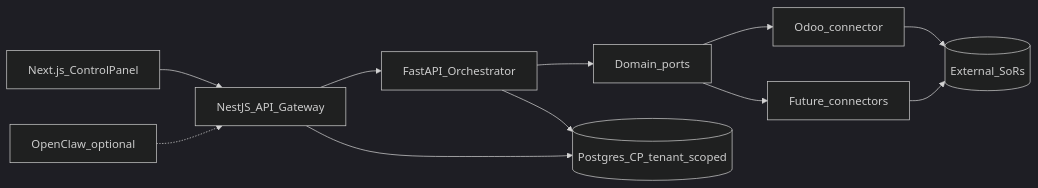
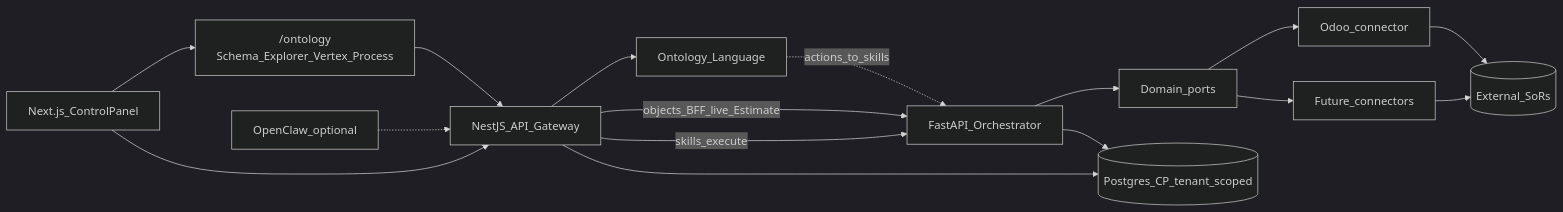
The diagram in docs/Development/architecture-overview.md (llanesleonardo/controlPanelErpOdoo), drawn with Mermaid (dark theme) before and after one commit. The commit also changed other lines of this file and 77 other files, not shown here.

First line of the commit message:
Ship Ontology Language with Schema, Explorer, Vertex, and process map.

````diff
--- a/docs/Development/architecture-overview.md
+++ b/docs/Development/architecture-overview.md
@@ -28,23 +31,30 @@
 ```mermaid
 flowchart LR
   UI[Next.js_ControlPanel]
+  OntoUI["/ontology\nSchema_Explorer_Vertex_Process"]
   Agent[OpenClaw_optional]
   GW[NestJS_API_Gateway]
+  Onto[Ontology_Language]
   ORCH[FastAPI_Orchestrator]
   Ports[Domain_ports]
   Odoo[Odoo_connector]
   Future[Future_connectors]
   CPDB[(Postgres_CP_tenant_scoped)]
   Ext[(External_SoRs)]
 
+  UI --> OntoUI
+  OntoUI --> GW
   UI --> GW
   Agent -.-> GW
-  GW --> ORCH
+  GW --> Onto
+  GW -->|objects_BFF_live_Estimate| ORCH
+  GW -->|skills_execute| ORCH
   GW --> CPDB
+  Onto -.->|actions_to_skills| ORCH
   ORCH --> Ports
   ORCH --> CPDB
   Ports --> Odoo
   Ports --> Future
   Odoo --> Ext
   Future --> Ext
 ```
````
